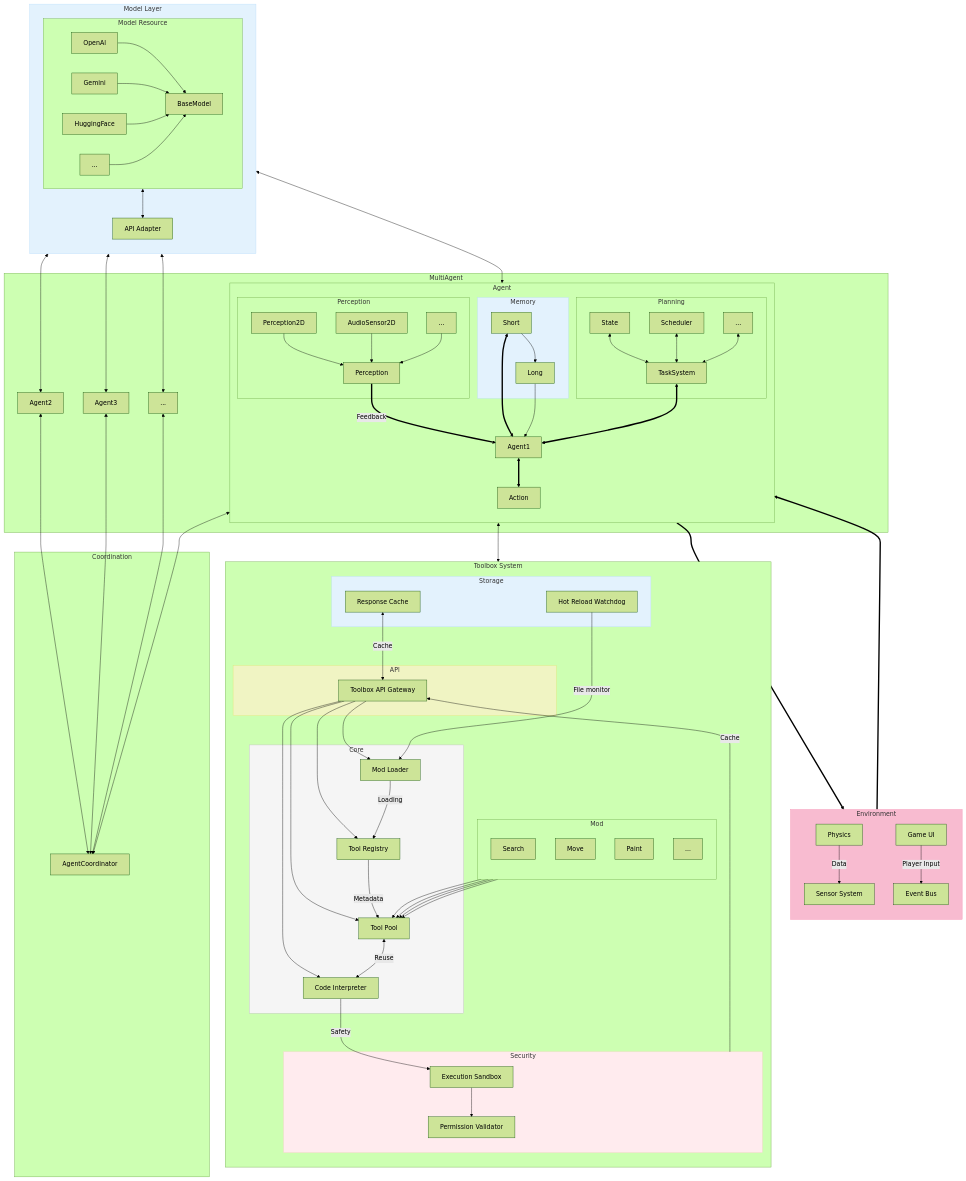
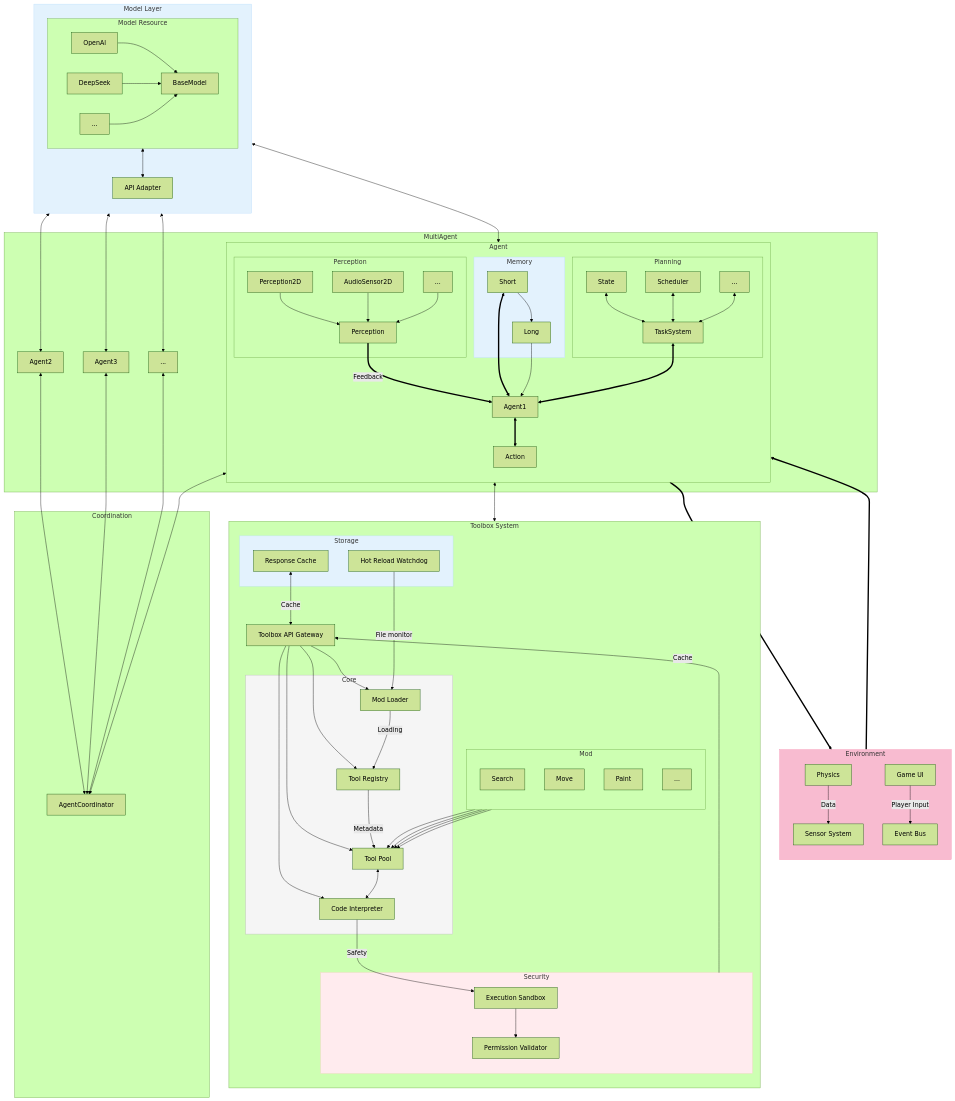
One commit to SleeeepyZhou/AIdot changed the second of 2 diagrams in addons/AIdot/Res/Asset/Note.md. Above: the diagram before and after it, drawn with Mermaid (forest theme). The commit also changed other lines of this file and 26 other files, not shown here.

Commit message:
Model API

````diff
--- a/addons/AIdot/Res/Asset/Note.md
+++ b/addons/AIdot/Res/Asset/Note.md
@@ -75,129 +81,126 @@
 ```mermaid
 flowchart TB
-	classDef model fill:#E3F2FD,stroke:#BBDEFB;
-	classDef env fill:#F8BBD0,stroke:#F48FB1;
+    classDef model fill:#E3F2FD,stroke:#BBDEFB;
+    classDef env fill:#F8BBD0,stroke:#F48FB1;
 
-	subgraph ENV[Environment]
-		direction TB
-		PHYS[Physics] -->|Data| SENSOR[Sensor System]
-		UI[Game UI] -->|Player Input| EVENT[Event Bus]
-	end
-	ENV[Game World] ==> Perception
-	T ==> ENV
+    subgraph ENV[Environment]
+        direction TB
+        PHYS[Physics] -->|Data| SENSOR[Sensor System]
+        UI[Game UI] -->|Player Input| EVENT[Event Bus]
+    end
+    ENV[Game World] ==> Perception
+    T ==> ENV
 
 
-	subgraph M[Model Layer]
-		direction TB
-		MADAPTER[API Adapter]
+    subgraph M[Model Layer]
+        direction TB
+        MADAPTER[API Adapter]
         subgraph Model[Model Resource]
             BaseModel
             MAPI1[OpenAI] --> BaseModel
-            MAPI2[Gemini] --> BaseModel
-            MAPI3[HuggingFace] --> BaseModel
-            MAPI4[...] --> BaseModel
+            MAPI2[DeepSeek] --> BaseModel
+            MAPI3[...] --> BaseModel
         end
-		Model <--> MADAPTER
-	end
+        Model <--> MADAPTER
+    end
 
 
-	subgraph Toolbox[Toolbox System]
-		direction TB
-		subgraph Interface[API]
-			API[Toolbox API Gateway]
-		end
-		subgraph Core
-			Loader[Mod Loader]
-			Registry[Tool Registry]
-			Pool[Tool Pool]
-			Interpreter[Code Interpreter]
-		end
-		subgraph Mod
-			direction TB
-			T1[Search] --> Pool
-			T2[Move] --> Pool
-			T3[Paint] --> Pool
-			T4[...] --> Pool
-		end
-		subgraph Security
-			Sandbox[Execution Sandbox]
-			Auth[Permission Validator]
-		end
-		subgraph Storage
-			Cache[Response Cache]
-			Hotfix[Hot Reload Watchdog]
-		end
+    subgraph Toolbox[Toolbox System]
+        direction TB
+        API[Toolbox API Gateway]
+        subgraph Core
+            Loader[Mod Loader]
+            Registry[Tool Registry]
+            Pool[Tool Pool]
+            Interpreter[Code Interpreter]
+        end
+        subgraph Mod
+            direction TB
+            T1[Search] --> Pool
+            T2[Move] --> Pool
+            T3[Paint] --> Pool
+            T4[...] --> Pool
+        end
+        subgraph Security
+            Sandbox[Execution Sandbox]
+            Auth[Permission Validator]
+        end
+        subgraph Storage
+            Cache[Response Cache]
+            Hotfix[Hot Reload Watchdog]
+        end
 
-		API --> Loader
-		API --> Registry
-		API --> Pool
-		API --> Interpreter
-		Loader -->|Loading| Registry
-		Registry -->|Metadata| Pool
-		Interpreter -->|Safety| Sandbox
-		Sandbox --> Auth
-		Pool <-->|Reuse| Interpreter
-		Hotfix -->|File monitor| Loader
-		Cache <-->|Cache| API
-		Security -->|Cache| API
-	end
+        API --> Loader
+        API --> Registry
+        API --> Pool
+        API --> Interpreter
+        Loader -->|Loading| Registry
+        Registry -->|Metadata| Pool
+        Interpreter -->|Safety| Sandbox
+        Sandbox --> Auth
+        Pool <--> Interpreter
+        Hotfix -->|File monitor| Loader
+        Cache <-->|Cache| API
+        Security -->|Cache| API
+    end
 
-		classDef core fill:#F5F5F5,stroke:#BDBDBD;
-		classDef security fill:#FFEBEE,stroke:#FFCDD2;
-		classDef storage fill:#E3F2FD,stroke:#BBDEFB;
-		classDef interface fill:#F0F4C3,stroke:#DCE775;
-		class Interface interface
-		class Core core
-		class Security security
-		class Storage storage
+        classDef core fill:#F5F5F5,stroke:#BDBDBD;
+        classDef security fill:#FFEBEE,stroke:#FFCDD2;
+        classDef storage fill:#E3F2FD,stroke:#BBDEFB;
+        classDef interface fill:#F0F4C3,stroke:#DCE775;
+        class Interface interface
+        class Core core
+        class Security security
+        class Storage storage
 
 
-	subgraph MultiAgent
-		subgraph Agent
-			direction TB
-			T[Action]
-			A[Agent1]
-			T <--> API
-			subgraph Perception
-				P[Perception]
-				P1[Perception2D] --> P
-				P2[AudioSensor2D] --> P
-				P3[...] --> P
-			end
-			subgraph MEM[Memory]
-				M1[Short] --> M2[Long]
-			end
-			subgraph Planning
-				S[TaskSystem]
-				S1[State] <--> S
-				S2[Scheduler] <--> S
-				S3[...] <--> S
-			end
-			A <==> T
-			P ==>|Feedback| A
-			M1 <==> A
-			M2 --> A
-			S <==> A
-		end
-		A1[Agent2]
-		A2[Agent3]
-		A3[...]
-	end
+    subgraph MultiAgent
+        subgraph Agent
+            direction TB
+            T[Action]
+            A[Agent1]
+            T <--> API
+            subgraph Perception
+                P[Perception]
+                P1[Perception2D] --> P
+                P2[AudioSensor2D] --> P
+                P3[...] --> P
+            end
+            subgraph MEM[Memory]
+                M1[Short] --> M2[Long]
+            end
+            subgraph Planning
+                S[TaskSystem]
+                S1[State] <--> S
+                S2[Scheduler] <--> S
+                S3[...] <--> S
+            end
+            A <==> T
+            P ==>|Feedback| A
+            M1 <==> A
+            M2 --> A
+            S <==> A
+        end
+        A1[Agent2]
+        A2[Agent3]
+        A3[...]
+    end
 
-	subgraph Coordination
-		C[AgentCoordinator]
-		A1 <--> C
-		A2 <--> C
-		A3 <--> C
-	end
+    subgraph Coordination
+        C[AgentCoordinator]
+        A1 <--> C
+        A2 <--> C
+        A3 <--> C
+    end
 
 
-	MADAPTER <--> A
-	MADAPTER <--> A1
-	MADAPTER <--> A2
-	MADAPTER <--> A3
-	A <--> C
+    MADAPTER <--> A
+    MADAPTER <--> A1
+    MADAPTER <--> A2
+    MADAPTER <--> A3
+    A <--> C
 
 
-	class ENV env
-	class MEM,M model
+    class ENV env
+    class MEM,M model
 ```
````
